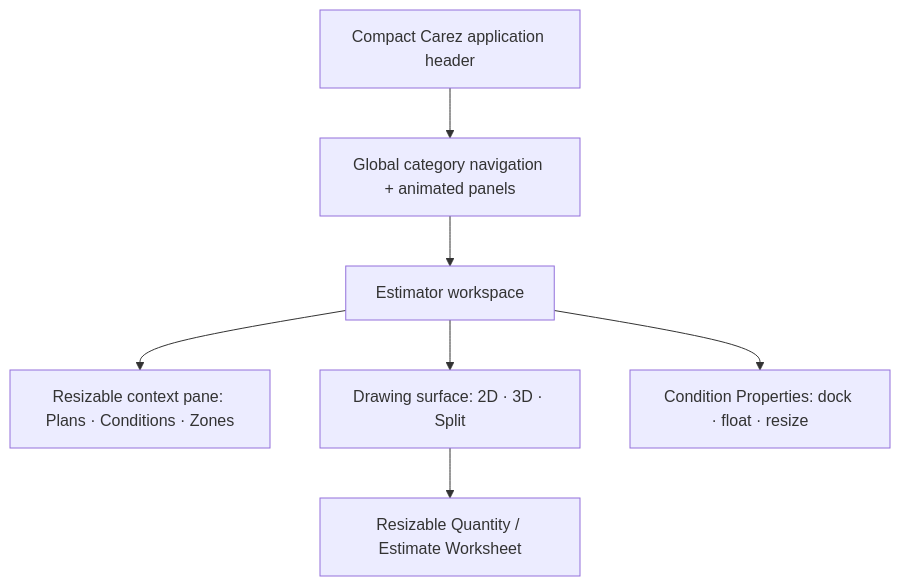
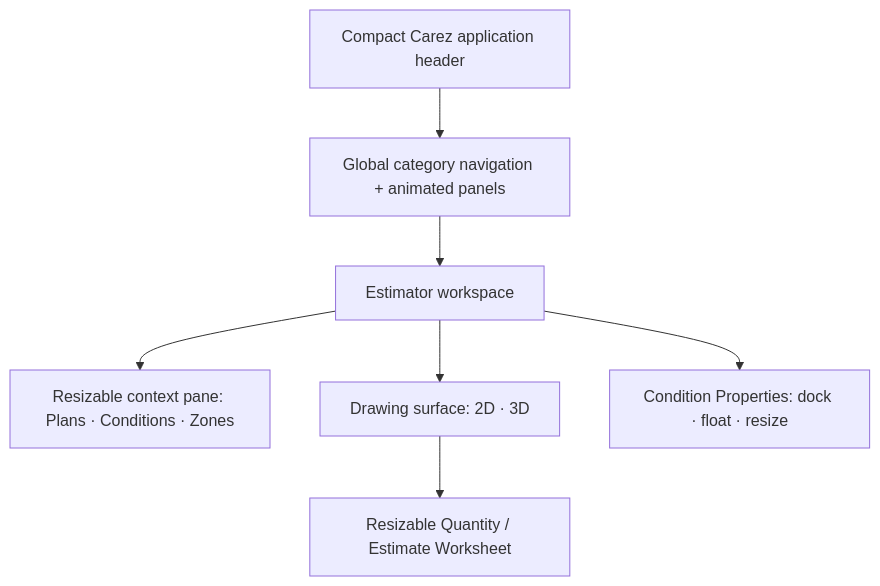
One commit to seancolmes/carez-concrete-os changed the diagram in docs/concrete-condition-3d-workstation-target.md. Above: the diagram before and after it, drawn with Mermaid. The commit also changed other lines of this file, not shown here.

```diff
--- a/docs/concrete-condition-3d-workstation-target.md
+++ b/docs/concrete-condition-3d-workstation-target.md
@@ -57,9 +57,9 @@
 ~~~mermaid
 flowchart TB
   shell["Compact Carez application header"] --> nav["Global category navigation + animated panels"]
   nav --> work["Estimator workspace"]
   work --> left["Resizable context pane: Plans · Conditions · Zones"]
-  work --> center["Drawing surface: 2D · 3D · Split"]
+  work --> center["Drawing surface: 2D · 3D"]
   work --> right["Condition Properties: dock · float · resize"]
   center --> bottom["Resizable Quantity / Estimate Worksheet"]
 ~~~
```
